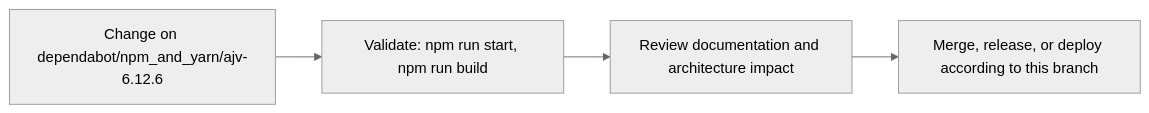
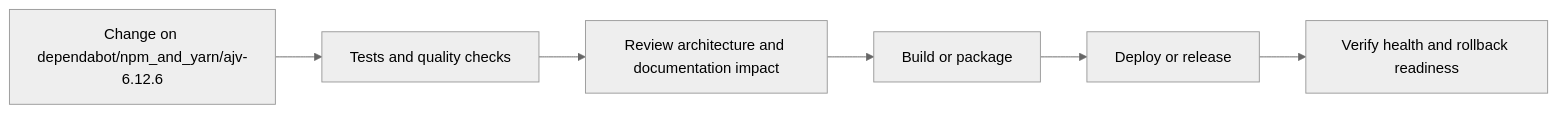
The fourth of 5 diagrams in README.md (Nischhalsubba/Personal-Website), drawn with Mermaid (neutral theme) before and after one commit. The commit also changed other lines of this file, not shown here.

````diff
--- a/README.md
+++ b/README.md
@@ -62,8 +134,8 @@
 ```mermaid
 flowchart LR
-    CHANGE["Change on dependabot/npm_and_yarn/ajv-6.12.6"]
-    CHECK["Validate: npm run start, npm run build"]
-    REVIEW["Review documentation and architecture impact"]
-    RELEASE["Merge, release, or deploy according to this branch"]
-    CHANGE --> CHECK --> REVIEW --> RELEASE
+    CHANGE["Change on dependabot/npm_and_yarn/ajv-6.12.6"] --> CHECK["Tests and quality checks"]
+    CHECK --> REVIEW["Review architecture and documentation impact"]
+    REVIEW --> BUILD["Build or package"]
+    BUILD --> DEPLOY["Deploy or release"]
+    DEPLOY --> VERIFY["Verify health and rollback readiness"]
 ```
````
